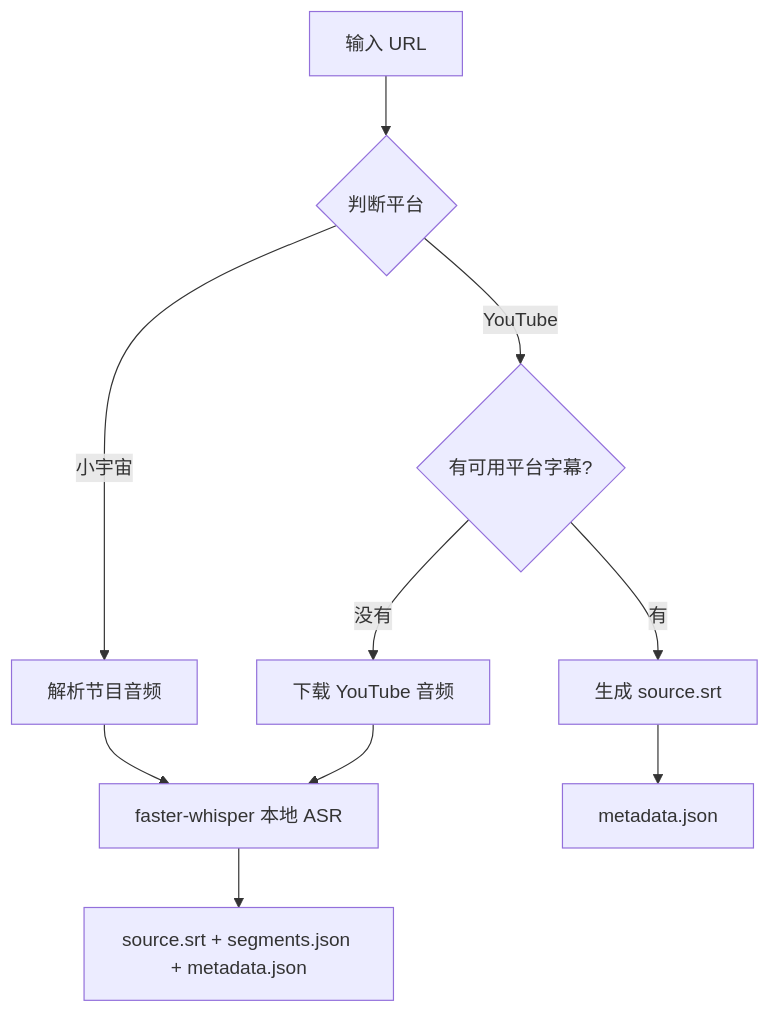
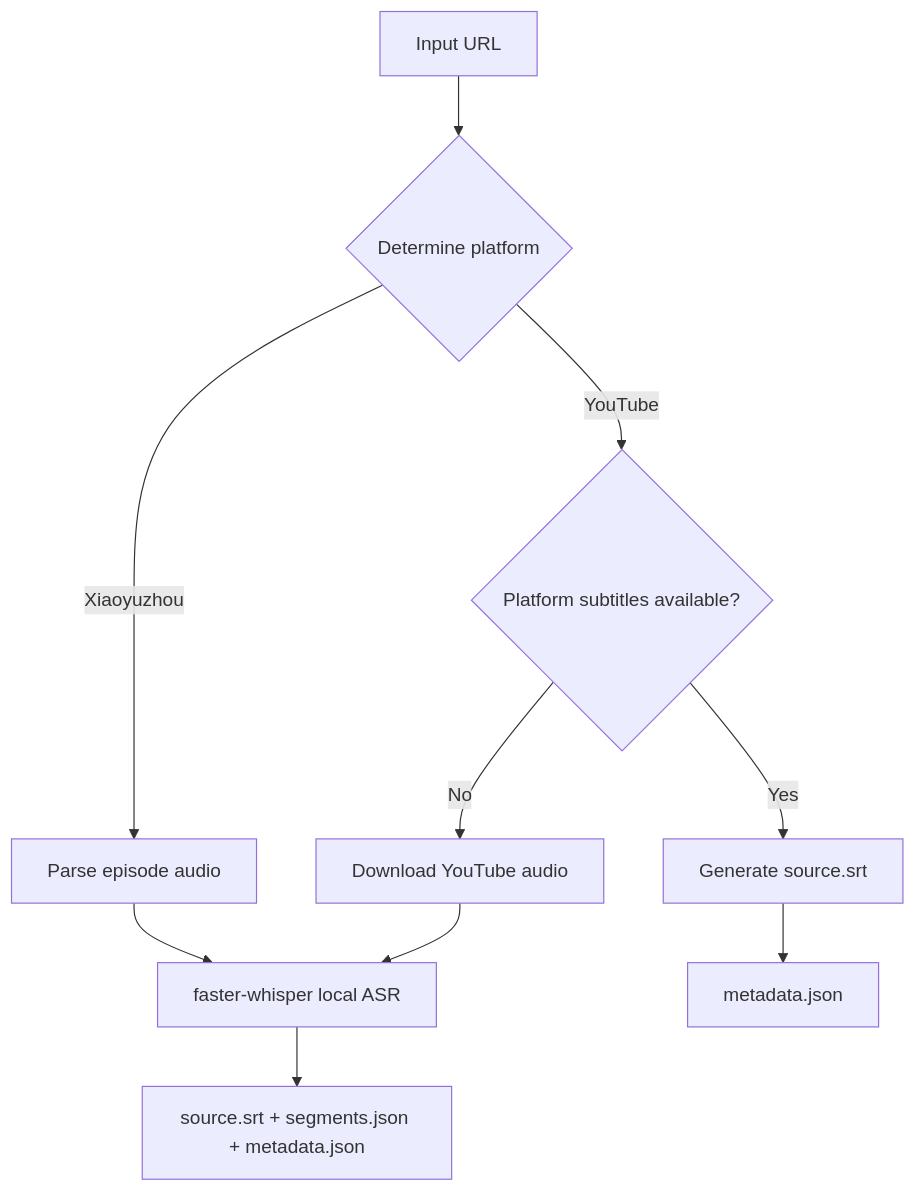
One commit to cloudy-liu/podcast-to-text changed the diagram in README.md. Above: the diagram before and after it, drawn with Mermaid. The commit also changed other lines of this file and 2 other files, not shown here.

````diff
--- a/README.md
+++ b/README.md
@@ -193,15 +193,15 @@
 ```mermaid
 graph TD
-    A[输入 URL] --> B{判断平台}
-    B -->|小宇宙| C[解析节目音频]
-    B -->|YouTube| D{有可用平台字幕?}
+    A[Input URL] --> B{Determine platform}
+    B -->|Xiaoyuzhou| C[Parse episode audio]
+    B -->|YouTube| D{Platform subtitles available?}
 
-    D -->|有| E[生成 source.srt]
-    D -->|没有| F[下载 YouTube 音频]
+    D -->|Yes| E[Generate source.srt]
+    D -->|No| F[Download YouTube audio]
 
-    C --> G[faster-whisper 本地 ASR]
+    C --> G[faster-whisper local ASR]
     F --> G
 
     E --> H[metadata.json]
     G --> I[source.srt + segments.json + metadata.json]
 ```
````
